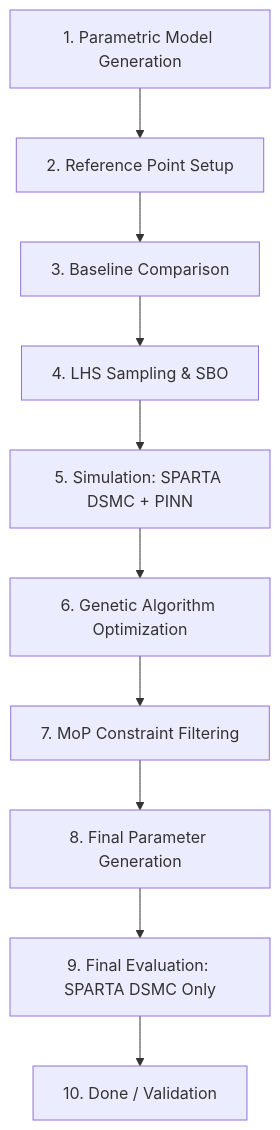
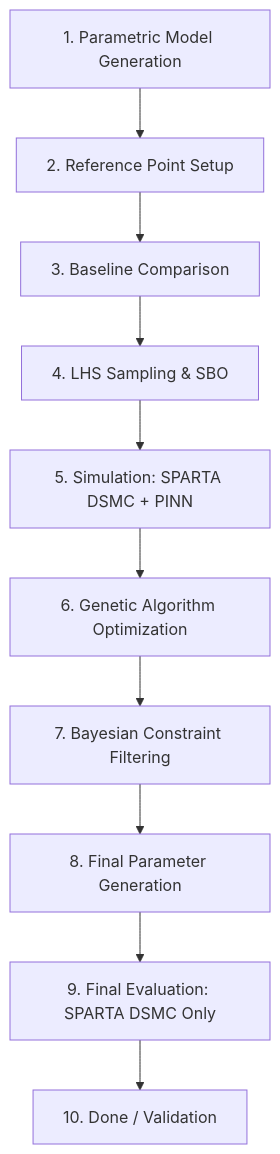
The diagram in METHODOLOGY.md (albertstarfield/StellarOrion_HypersonicEdition), drawn with Mermaid before and after one commit. The commit also changed other lines of this file and 34 other files, not shown here.

````diff
--- a/METHODOLOGY.md
+++ b/METHODOLOGY.md
@@ -9,12 +9,12 @@
 ```mermaid
 graph TD
     A[1. Parametric Model Generation] --> B[2. Reference Point Setup]
     B --> C[3. Baseline Comparison]
     C --> D[4. LHS Sampling & SBO]
     D --> E[5. Simulation: SPARTA DSMC + PINN]
     E --> F[6. Genetic Algorithm Optimization]
-    F --> G[7. MoP Constraint Filtering]
+    F --> G[7. Bayesian Constraint Filtering]
     G --> H[8. Final Parameter Generation]
     H --> I[9. Final Evaluation: SPARTA DSMC Only]
     I --> J[10. Done / Validation]
 ```
````
